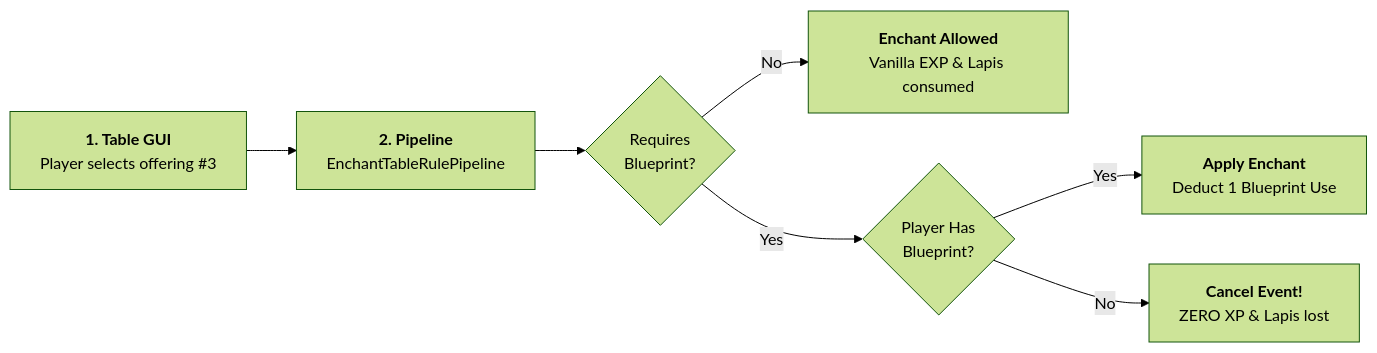
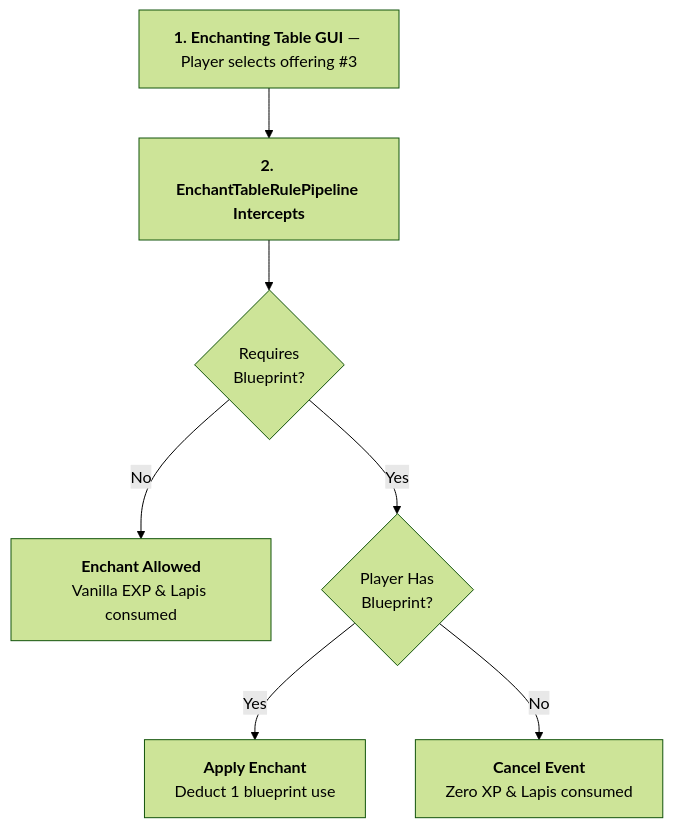
The diagram in docs/mechanics/enchanting-and-anvils.md (XZtotal/CraftingBlueprints-Wiki), drawn with Mermaid (forest theme) before and after one commit. The commit also changed 31 other files, not shown here.

Commit message:
style(docs): optimize diagram proportions, center all diagrams, and fix table padding

````diff
--- a/docs/mechanics/enchanting-and-anvils.md
+++ b/docs/mechanics/enchanting-and-anvils.md
@@ -16,8 +16,10 @@
 ```mermaid
-flowchart LR
-    GUI["<b>1. Table GUI</b><br/>Player selects offering #3"] --> Pipeline["<b>2. Pipeline</b><br/>EnchantTableRulePipeline"] --> Check{"Requires<br/>Blueprint?"}
-    Check -->|No| Vanilla["<b>Enchant Allowed</b><br/>Vanilla EXP &amp; Lapis consumed"]
+flowchart TD
+    GUI["<b>1. Enchanting Table GUI</b> — Player selects offering #3"]
+    --> Pipeline["<b>2. EnchantTableRulePipeline Intercepts</b>"]
+    --> Check{"Requires<br/>Blueprint?"}
+    Check -->|No| Vanilla["<b>Enchant Allowed</b><br/>Vanilla EXP & Lapis consumed"]
     Check -->|Yes| BPCheck{"Player Has<br/>Blueprint?"}
-    BPCheck -->|Yes| Apply["<b>Apply Enchant</b><br/>Deduct 1 Blueprint Use"]
-    BPCheck -->|No| Cancel["<b>Cancel Event!</b><br/>ZERO XP &amp; Lapis lost"]
+    BPCheck -->|Yes| Apply["<b>Apply Enchant</b><br/>Deduct 1 blueprint use"]
+    BPCheck -->|No| Cancel["<b>Cancel Event</b><br/>Zero XP & Lapis consumed"]
 ```
````
